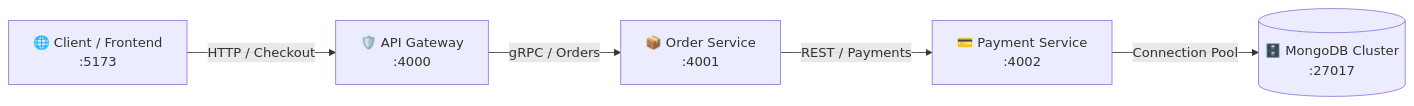
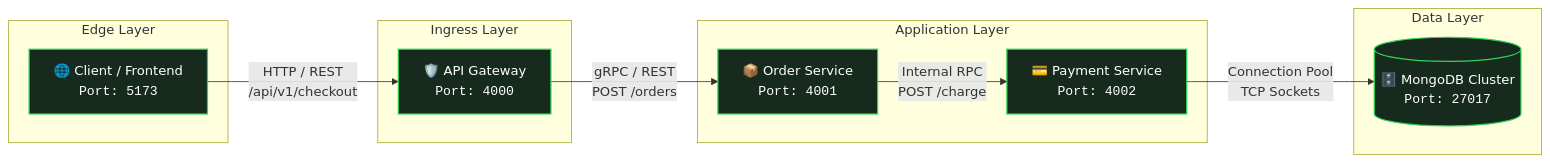
Before and after one commit to mayurZope06/Intelligent-AIOps: the first of 2 diagrams in README.md, drawn with Mermaid. The commit also changed other lines of this file, not shown here.

Commit message:
docs: overhaul README with enterprise architecture, sequence diagrams, algorithmic formulation, and demo guide

````diff
--- a/README.md
+++ b/README.md
@@ -29,11 +46,30 @@
 ```mermaid
 graph LR
-    Client["🌐 Client / Frontend<br/>:5173"] -->|"HTTP / Checkout"| GW["🛡️ API Gateway<br/>:4000"]
-    GW -->|"gRPC / Orders"| Order["📦 Order Service<br/>:4001"]
-    Order -->|"REST / Payments"| Payment["💳 Payment Service<br/>:4002"]
-    Payment -->|"Connection Pool"| DB[("🗄️ MongoDB Cluster<br/>:27017")]
+    subgraph Edge Layer
+        Client["🌐 Client / Frontend<br/><code>Port: 5173</code>"]
+    end
 
-    classDef healthy fill:#1c2d22,stroke:#30d158,stroke-width:2px,color:#fff;
-    classDef warning fill:#332617,stroke:#ff9f0a,stroke-width:2px,color:#fff;
-    classDef critical fill:#3b181a,stroke:#ff453a,stroke-width:2px,color:#fff;
+    subgraph Ingress Layer
+        GW["🛡️ API Gateway<br/><code>Port: 4000</code>"]
+    end
+
+    subgraph Application Layer
+        Order["📦 Order Service<br/><code>Port: 4001</code>"]
+        Payment["💳 Payment Service<br/><code>Port: 4002</code>"]
+    end
+
+    subgraph Data Layer
+        DB[("🗄️ MongoDB Cluster<br/><code>Port: 27017</code>")]
+    end
+
+    Client -->|"HTTP / REST<br/>/api/v1/checkout"| GW
+    GW -->|"gRPC / REST<br/>POST /orders"| Order
+    Order -->|"Internal RPC<br/>POST /charge"| Payment
+    Payment -->|"Connection Pool<br/>TCP Sockets"| DB
+
+    classDef healthy fill:#162b1e,stroke:#30d158,stroke-width:1.5px,color:#fff;
+    classDef warning fill:#332617,stroke:#ff9f0a,stroke-width:1.5px,color:#fff;
+    classDef critical fill:#3b181a,stroke:#ff453a,stroke-width:1.5px,color:#fff;
+    
+    class Client,GW,Order,Payment,DB healthy;
 ```
````
